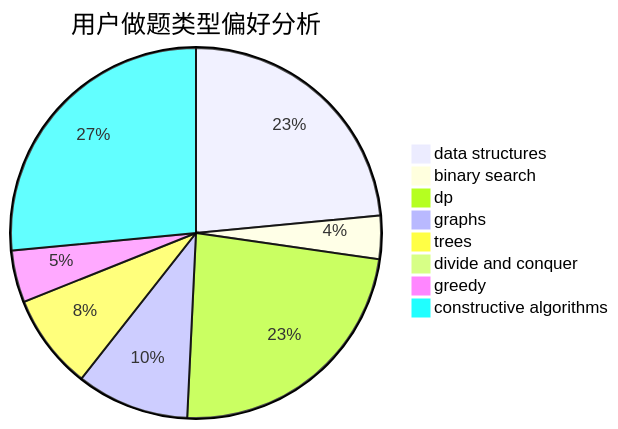
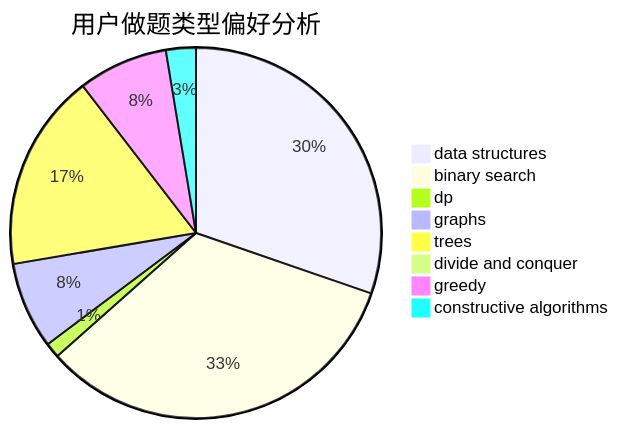
The second of 3 diagrams in docs/user/u1536.md (sherpahu/cfrs.github.io), drawn with Mermaid before and after one commit. The commit also changed other lines of this file and 2770 other files, not shown here.

````diff
--- a/docs/user/u1536.md
+++ b/docs/user/u1536.md
@@ -23,11 +23,11 @@
 ```mermaid
 pie title 用户做题类型偏好分析
-    "data structures" :  31
-    "binary search" :  5
-    "dp" :  31
-    "graphs" :  13
-    "trees" :  11
-    "divide and conquer" :  0
-    "greedy" :  6
-    "constructive algorithms" :  35
+    "data structures" :  116
+    "binary search" :  127
+    "dp" :  5
+    "graphs" :  29
+    "trees" :  66
+    "divide and conquer" :  1
+    "greedy" :  30
+    "constructive algorithms" :  10
 ```
````
